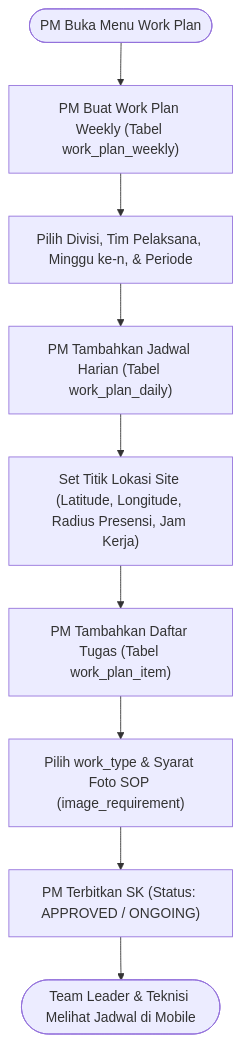
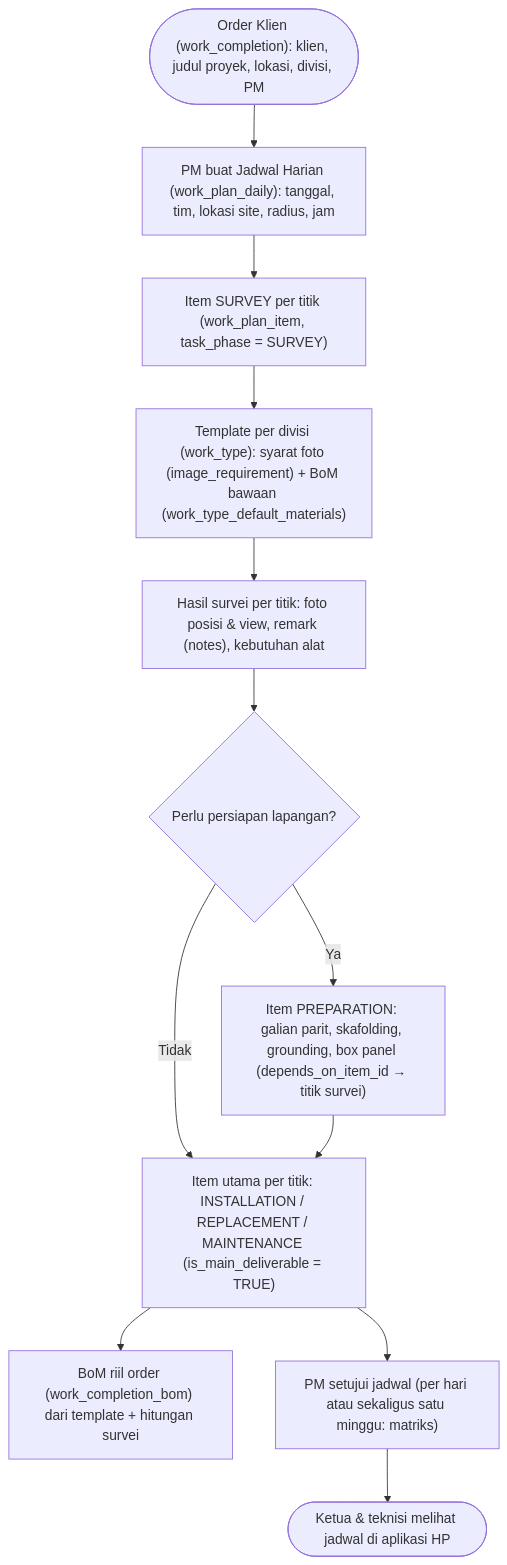
The third of 8 diagrams in docs/35-FLOWCHART-DAN-ALUR-BISNIS-V2.md (Visiontech-Indograha/visiontech-management-system), drawn with Mermaid before and after one commit. The commit also changed other lines of this file and 1 other file, not shown here.

First line of the commit message:
docs: alur daily-first subkontraktor, aturan rollover, dan keputusan pemilik 2026-10-20

````diff
--- a/docs/35-FLOWCHART-DAN-ALUR-BISNIS-V2.md
+++ b/docs/35-FLOWCHART-DAN-ALUR-BISNIS-V2.md
@@ -55,11 +59,14 @@
 ```mermaid
 flowchart TD
-    StartPlan(["PM Buka Menu Work Plan"]) --> NewWeekly["PM Buat Work Plan Weekly (Tabel work_plan_weekly)"]
-    NewWeekly --> FillWeekly["Pilih Divisi, Tim Pelaksana, Minggu ke-n, & Periode"]
-    FillWeekly --> AddDaily["PM Tambahkan Jadwal Harian (Tabel work_plan_daily)"]
-    AddDaily --> SetSite["Set Titik Lokasi Site (Latitude, Longitude, Radius Presensi, Jam Kerja)"]
-    SetSite --> AddItems["PM Tambahkan Daftar Tugas (Tabel work_plan_item)"]
-    AddItems --> AssignType["Pilih work_type & Syarat Foto SOP (image_requirement)"]
-    AssignType --> PubPlan["PM Terbitkan SK (Status: APPROVED / ONGOING)"]
-    PubPlan --> NotifyTL(["Team Leader & Teknisi Melihat Jadwal di Mobile"])
+    Order(["Order Klien (work_completion): klien, judul proyek, lokasi, divisi, PM"]) --> Daily["PM buat Jadwal Harian (work_plan_daily): tanggal, tim, lokasi site, radius, jam"]
+    Daily --> Survey["Item SURVEY per titik (work_plan_item, task_phase = SURVEY)"]
+    Survey --> Template["Template per divisi (work_type): syarat foto (image_requirement) + BoM bawaan (work_type_default_materials)"]
+    Template --> Findings["Hasil survei per titik: foto posisi & view, remark (notes), kebutuhan alat"]
+    Findings --> Need{"Perlu persiapan lapangan?"}
+    Need -- "Ya" --> Prep["Item PREPARATION: galian parit, skafolding, grounding, box panel (depends_on_item_id → titik survei)"]
+    Need -- "Tidak" --> Main
+    Prep --> Main["Item utama per titik: INSTALLATION / REPLACEMENT / MAINTENANCE (is_main_deliverable = TRUE)"]
+    Main --> BoM["BoM riil order (work_completion_bom) dari template + hitungan survei"]
+    Main --> Approve["PM setujui jadwal (per hari atau sekaligus satu minggu: matriks)"]
+    Approve --> Field(["Ketua & teknisi melihat jadwal di aplikasi HP"])
 ```
````
